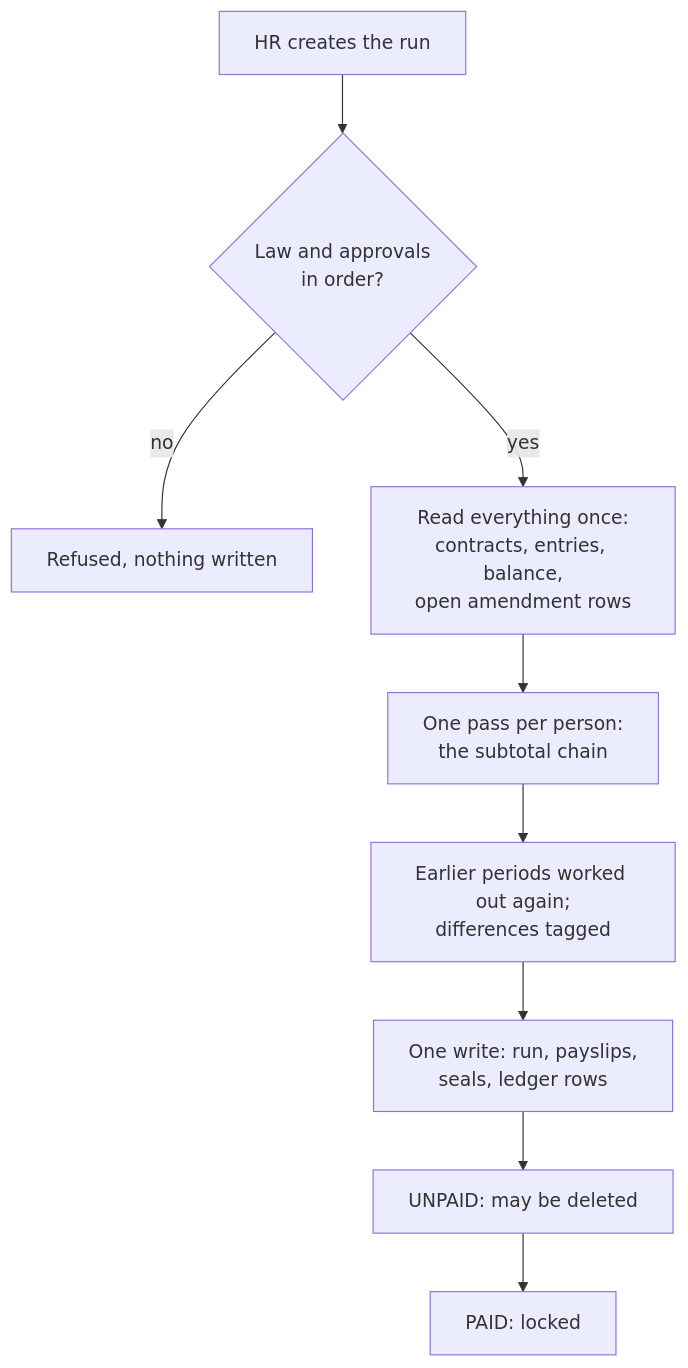
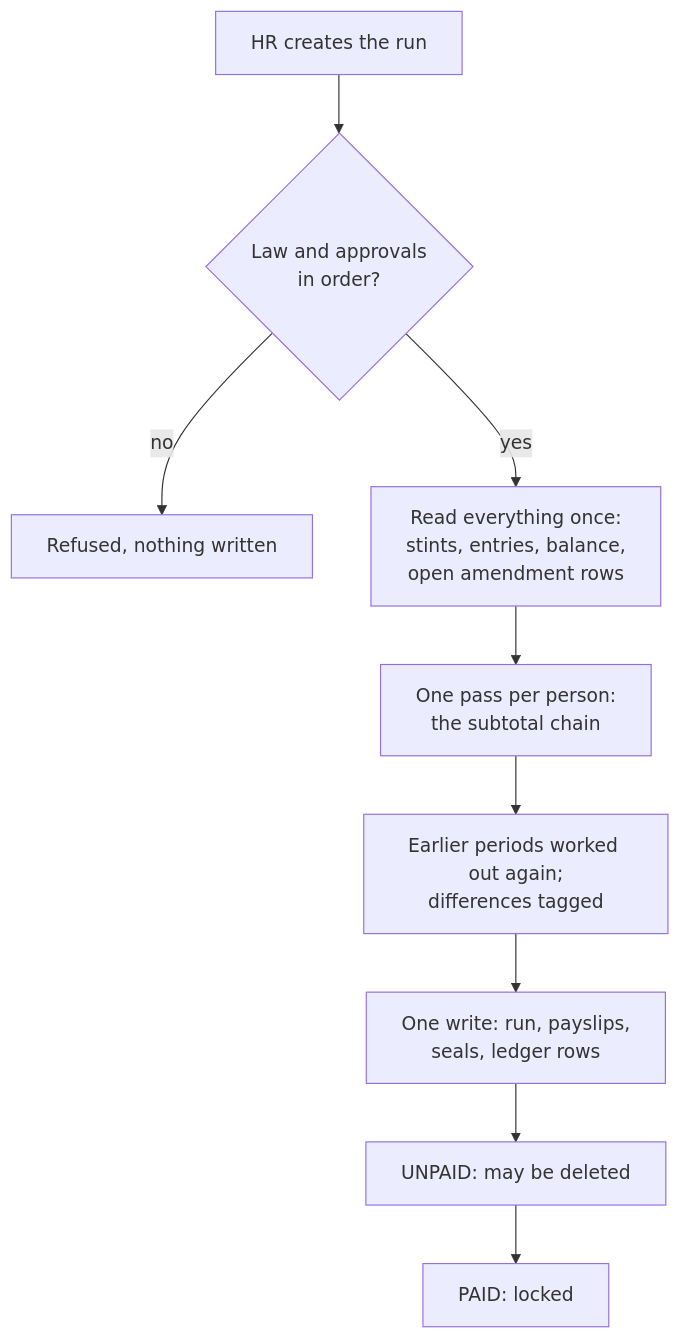
Before and after one commit to norbital-ai/templates: the second of 3 diagrams in hrms/docs/0008-mechanisms-walkthrough.md, drawn with Mermaid. The commit also changed other lines of this file and 179 other files, not shown here.

````diff
--- a/hrms/docs/0008-mechanisms-walkthrough.md
+++ b/hrms/docs/0008-mechanisms-walkthrough.md
@@ -138,11 +137,11 @@
 ```mermaid
 flowchart TD
   create[HR creates the run] --> checks{Law and approvals<br/>in order?}
   checks -- no --> refused[Refused, nothing written]
-  checks -- yes --> read[Read everything once:<br/>contracts, entries, balance,<br/>open amendment rows]
+  checks -- yes --> read[Read everything once:<br/>stints, entries, balance,<br/>open amendment rows]
   read --> calc[One pass per person:<br/>the subtotal chain]
   calc --> carry[Earlier periods worked out again;<br/>differences tagged]
   carry --> write[One write: run, payslips,<br/>seals, ledger rows]
   write --> unpaid[UNPAID: may be deleted]
   unpaid --> paid[PAID: locked]
 ```
````
